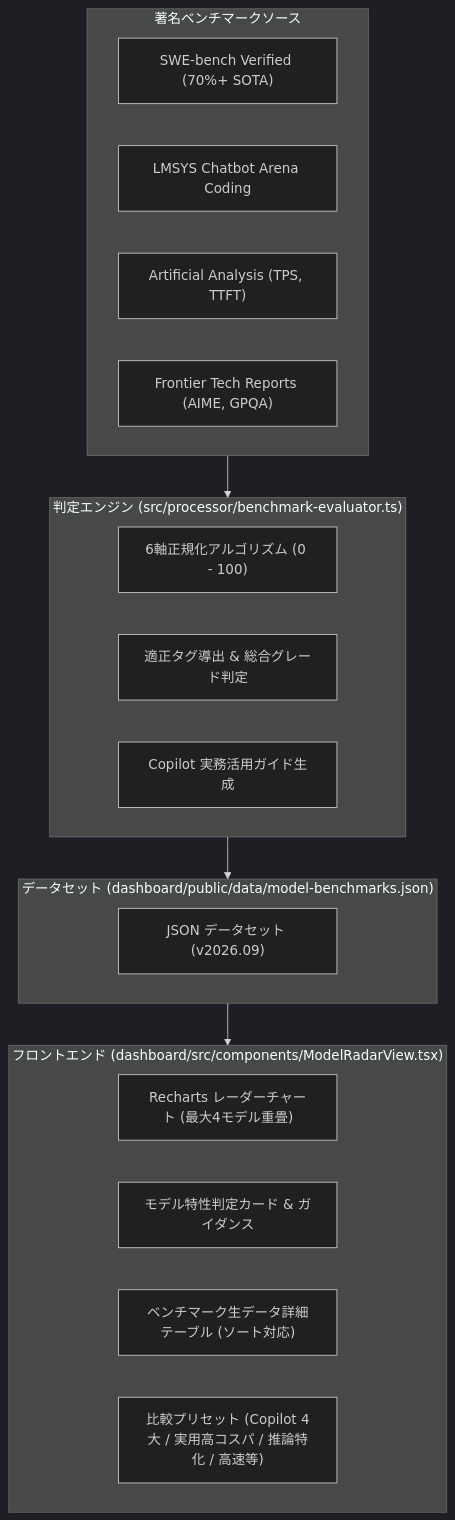
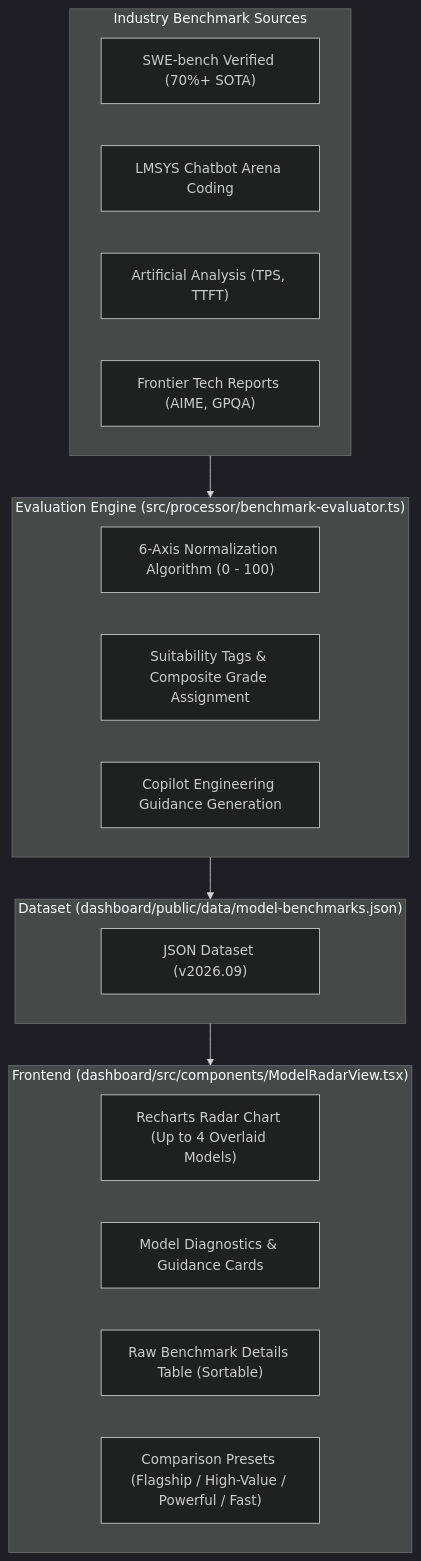
Before and after one commit to sun-flat-yamada/github-copilot-dashboard: the diagram in docs/specifications/10_ai_model_benchmark_radar_spec.md, drawn with Mermaid (dark theme). The commit also changed other lines of this file and 20 other files, not shown here.

````diff
--- a/docs/specifications/10_ai_model_benchmark_radar_spec.md
+++ b/docs/specifications/10_ai_model_benchmark_radar_spec.md
@@ -25,30 +37,30 @@
 ```mermaid
 flowchart TD
-    subgraph Sources["著名ベンチマークソース"]
+    subgraph Sources["Industry Benchmark Sources"]
         SWE["SWE-bench Verified (70%+ SOTA)"]
         Arena["LMSYS Chatbot Arena Coding"]
         AA["Artificial Analysis (TPS, TTFT)"]
         Paper["Frontier Tech Reports (AIME, GPQA)"]
     end
 
-    subgraph Evaluator["判定エンジン (src/processor/benchmark-evaluator.ts)"]
-        Norm["6軸正規化アルゴリズム (0 - 100)"]
-        Tag["適正タグ導出 & 総合グレード判定"]
-        Guide["Copilot 実務活用ガイド生成"]
+    subgraph Evaluator["Evaluation Engine (src/processor/benchmark-evaluator.ts)"]
+        Norm["6-Axis Normalization Algorithm (0 - 100)"]
+        Tag["Suitability Tags & Composite Grade Assignment"]
+        Guide["Copilot Engineering Guidance Generation"]
     end
 
-    subgraph Storage["データセット (dashboard/public/data/model-benchmarks.json)"]
-        JSON["JSON データセット (v2026.09)"]
+    subgraph Storage["Dataset (dashboard/public/data/model-benchmarks.json)"]
+        JSON["JSON Dataset (v2026.09)"]
     end
 
-    subgraph UI["フロントエンド (dashboard/src/components/ModelRadarView.tsx)"]
-        Chart["Recharts レーダーチャート (最大4モデル重畳)"]
-        Cards["モデル特性判定カード & ガイダンス"]
-        Table["ベンチマーク生データ詳細テーブル (ソート対応)"]
-        Preset["比較プリセット (Copilot 4大 / 実用高コスパ / 推論特化 / 高速等)"]
+    subgraph UI["Frontend (dashboard/src/components/ModelRadarView.tsx)"]
+        Chart["Recharts Radar Chart (Up to 4 Overlaid Models)"]
+        Cards["Model Diagnostics & Guidance Cards"]
+        Table["Raw Benchmark Details Table (Sortable)"]
+        Preset["Comparison Presets (Flagship / High-Value / Powerful / Fast)"]
     end
 
     Sources --> Evaluator
     Evaluator --> Storage
     Storage --> UI
 ```
````
